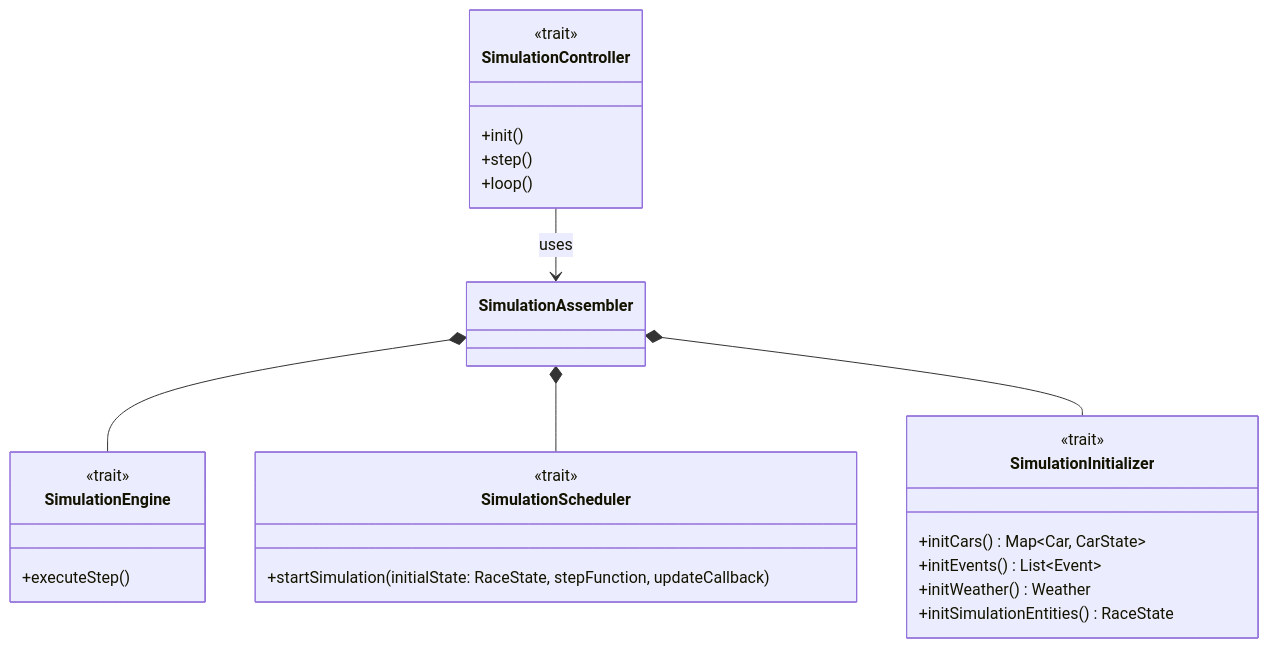
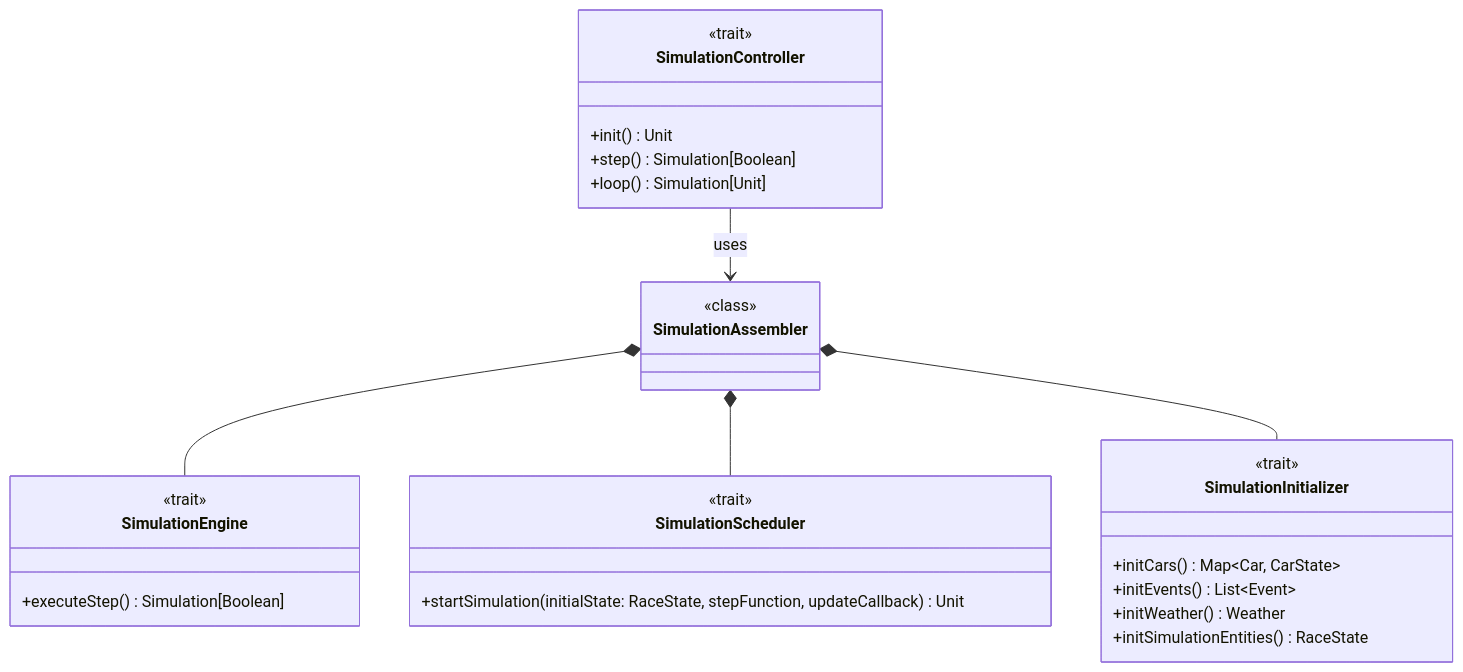
The diagram in docs/report/4_detailed_design/controller/controller.md (ItsTiz/PPS-24-sgp), drawn with Mermaid before and after one commit. The commit also changed 1 other file, not shown here.

Commit message:
docs: fixed diagrams

````diff
--- a/docs/report/4_detailed_design/controller/controller.md
+++ b/docs/report/4_detailed_design/controller/controller.md
@@ -11,35 +11,37 @@
 ```mermaid
 classDiagram
     class SimulationController {
         <<trait>>
-        +init()
-        +step()
-        +loop()
+        +init() Unit
+        +step() Simulation[Boolean]
+        +loop() Simulation[Unit]
     }
 
     class SimulationScheduler {
         <<trait>>
-        +startSimulation(initialState: RaceState, stepFunction, updateCallback)
+        +startSimulation(initialState: RaceState, stepFunction, updateCallback) Unit
     }
 
     class SimulationEngine {
         <<trait>>
-        +executeStep()
+        +executeStep() Simulation[Boolean]
     }
 
-    class SimulationAssembler
+    class SimulationAssembler{
+      <<class>>
+    }
 
     class SimulationInitializer {
         <<trait>>
         +initCars() Map~Car, CarState~
         +initEvents() List~Event~
         +initWeather() Weather
         +initSimulationEntities() RaceState
     }
 
     SimulationController --> SimulationAssembler: uses
     SimulationAssembler *-- SimulationEngine
     SimulationAssembler *-- SimulationScheduler
     SimulationAssembler *-- SimulationInitializer
 
 ```
````
